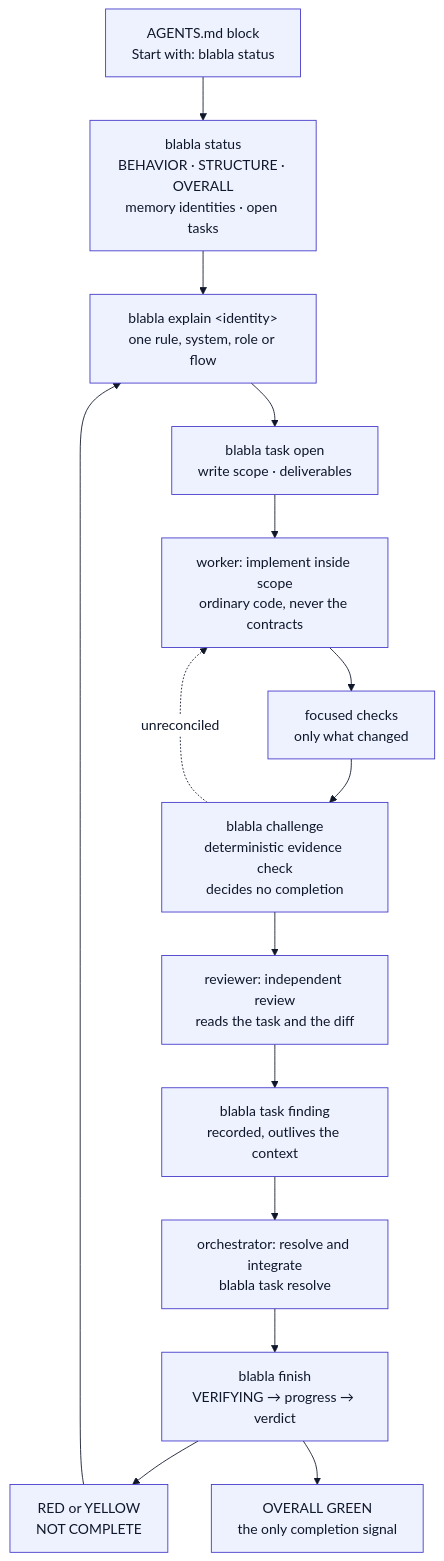
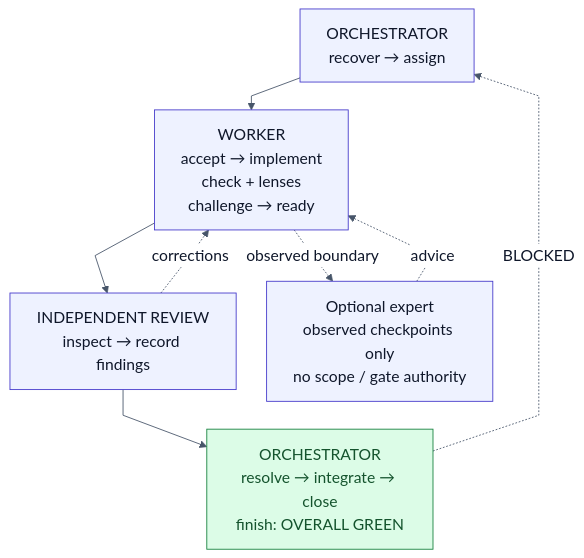
The diagram in docs/diagrams/agent-workflow.mmd (Kiborgik/blabla), drawn with Mermaid before and after one commit. The commit also changed 150 other files, not shown here.

```diff
--- a/docs/diagrams/agent-workflow.mmd
+++ b/docs/diagrams/agent-workflow.mmd
@@ -1,22 +1,16 @@
-%%{init: {"theme":"base","themeVariables":{"primaryColor":"#eef2ff","primaryTextColor":"#0f172a","primaryBorderColor":"#4338ca","lineColor":"#0f172a","secondaryColor":"#f1f5f9","tertiaryColor":"#f8fafc","clusterBkg":"#f8fafc","clusterBorder":"#64748b","edgeLabelBackground":"#ffffff"},"themeCSS":".edgePath path.path, path.flowchart-link { stroke-width: 3px; } marker path { fill: #0f172a; stroke: #0f172a; } .node rect, .node polygon, .node circle { stroke-width: 2px; }"}}%%
-flowchart TD
-    accTitle: BlaBla agent workflow
-    accDescr: An agent starts from the AGENTS.md block and runs blabla status, then blabla explain to recover only the relevant memory and rules. Where a project uses the development loop, the orchestrator opens a bounded task recording write scope and deliverables; a worker implements inside that scope and runs the focused checks that cover the change. blabla challenge then checks the recorded account against deterministic evidence, which is separate from the independent reviewer role that reads the diff and records findings. The orchestrator resolves findings and integrates. Only blabla finish decides project completion, and a challenge does not change its verdict or its exit code.
-    agents["AGENTS.md block<br/>Start with: blabla status"]
-    status["blabla status<br/>BEHAVIOR · STRUCTURE · OVERALL<br/>memory identities · open tasks"]
-    explain["blabla explain &lt;identity&gt;<br/>one rule, system, role or flow"]
-    task["blabla task open<br/>write scope · deliverables"]
-    implement["worker: implement inside scope<br/>ordinary code, never the contracts"]
-    focused["focused checks<br/>only what changed"]
-    challenge["blabla challenge<br/>deterministic evidence check<br/>decides no completion"]
-    review["reviewer: independent review<br/>reads the task and the diff"]
-    findings["blabla task finding<br/>recorded, outlives the context"]
-    integrate["orchestrator: resolve and integrate<br/>blabla task resolve"]
-    finish["blabla finish<br/>VERIFYING → progress → verdict"]
-    red["RED or YELLOW<br/>NOT COMPLETE"]
-    green["OVERALL GREEN<br/>the only completion signal"]
-    agents --> status --> explain --> task --> implement --> focused --> challenge
-    challenge -.unreconciled.-> implement
-    challenge --> review --> findings --> integrate --> finish
-    finish --> red --> explain
-    finish --> green
+%%{init: {"theme":"base","themeVariables":{"fontFamily":"Arial, sans-serif","fontSize":"18px","primaryColor":"#eef2ff","primaryTextColor":"#0f172a","primaryBorderColor":"#4338ca","lineColor":"#475569","secondaryColor":"#f0fdfa","tertiaryColor":"#f8fafc","clusterBkg":"#f8fafc","clusterBorder":"#94a3b8","edgeLabelBackground":"#ffffff"},"flowchart":{"nodeSpacing":35,"rankSpacing":32,"curve":"linear"},"themeCSS":".edgePath path.path, path.flowchart-link { stroke-width: 2px; } .node rect, .node polygon { stroke-width: 2px; }"}}%%
+flowchart TB
+    accTitle: BlaBla development workflow
+    accDescr: The orchestrator recovers relevant intent with status and explain, then opens a bounded task. The worker accepts, implements within scope, records focused evidence and lens assessments, challenges the record and hands back ready. An independent reviewer inspects the diff and evidence and records findings; corrections return through acceptance and renewed evidence. The orchestrator resolves findings, integrates, confirms owner records and closes when current, then runs finish. Optional expert advice enters only at observed eligible checkpoints and has no scope or gate authority.
+    plan["ORCHESTRATOR<br/>recover → assign"]
+    work["WORKER<br/>accept → implement<br/>check + lenses<br/>challenge → ready"]
+    review["INDEPENDENT REVIEW<br/>inspect → record findings"]
+    finish["ORCHESTRATOR<br/>resolve → integrate → close<br/>finish: OVERALL GREEN"]
+    expert["Optional expert<br/>observed checkpoints only<br/>no scope / gate authority"]
+    plan --> work --> review --> finish
+    review -. "corrections" .-> work
+    finish -. "BLOCKED" .-> plan
+    work -. "observed boundary" .-> expert
+    expert -. "advice" .-> work
+    classDef gate fill:#dcfce7,stroke:#15803d,color:#14532d;
+    class finish gate;
```
